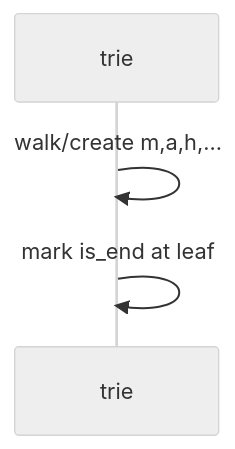
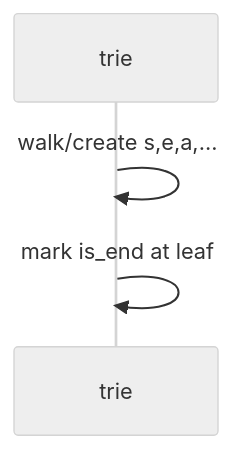
Before and after one commit to qgjones9/python-programming-guide: the fifth of 8 diagrams in docs/dsa/data-structures/tries/index.md, drawn with Mermaid (neutral theme). The commit also changed other lines of this file and 29 other files, not shown here.

````diff
--- a/docs/dsa/data-structures/tries/index.md
+++ b/docs/dsa/data-structures/tries/index.md
@@ -338,6 +325,6 @@
 ```mermaid
 sequenceDiagram
   participant T as trie
-  T->>T: walk/create m,a,h,...
+  T->>T: walk/create s,e,a,...
   T->>T: mark is_end at leaf
 ```
````
